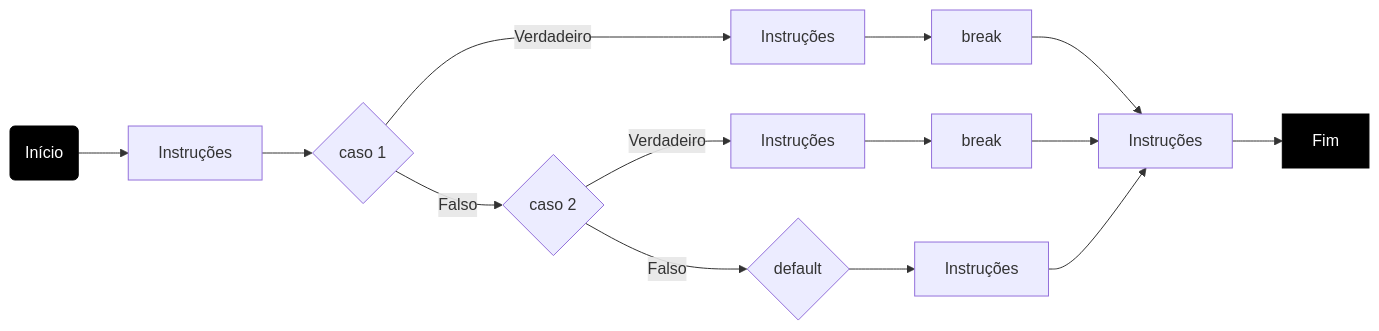
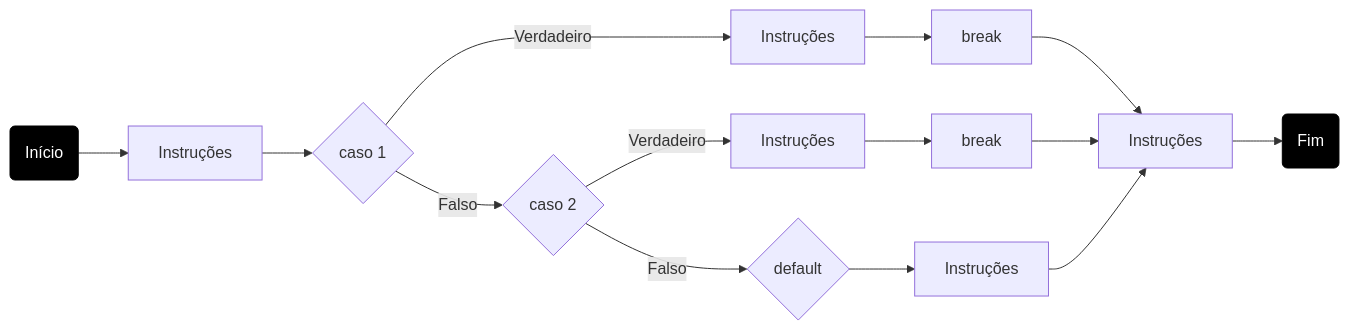
The fourth of 7 diagrams in 08.md (yuriMartinst/linguagem-java), drawn with Mermaid before and after one commit. The commit also changed other lines of this file, not shown here.

````diff
--- a/08.md
+++ b/08.md
@@ -72,20 +83,20 @@
 ```mermaid
 
 flowchart LR
     inicio(Início) --> A
     A[Instruções] --> C{caso 1}
     C -->|Verdadeiro| D[Instruções]
     C -->|Falso| F{caso 2}
     D --> DB[break]
     DB --> G[Instruções]
     F -->|Verdadeiro| H[Instruções]
     H --> HB[break]
     HB --> G[Instruções]
     F -->|Falso| F2{default}
     F2 --> f3[Instruções]
     f3 --> G[Instruções]
-    G --> fim[Fim]
+    G --> fim(Fim)
 
 style inicio fill:#000,stroke:#000,color:#fff
 style fim fill:#000,stroke:#000,color:#fff
 ```
````
